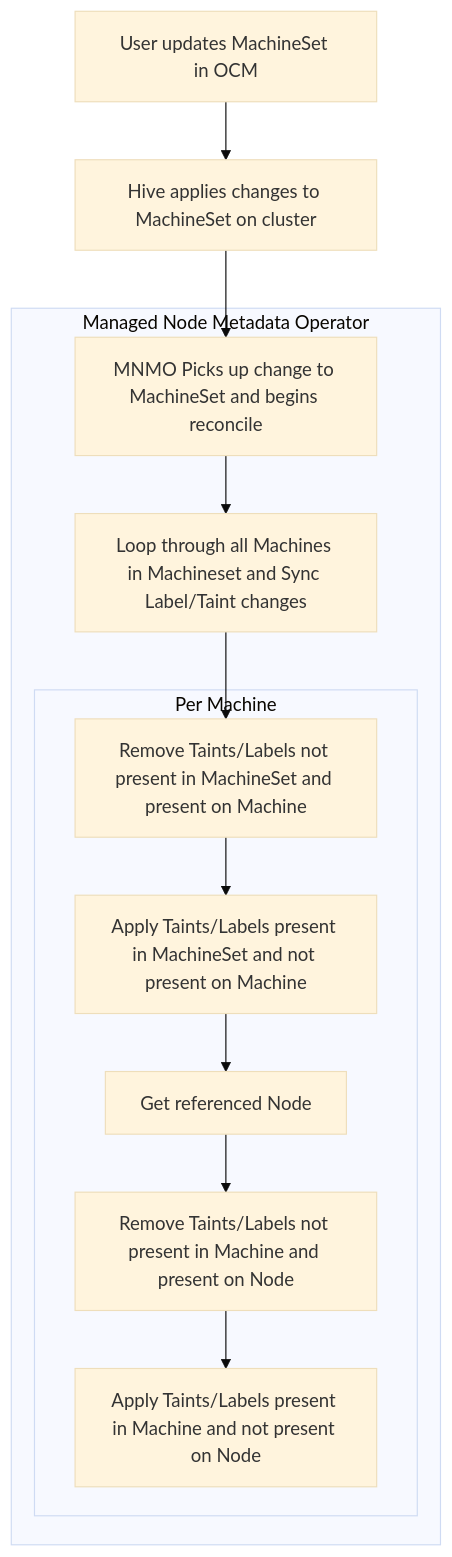
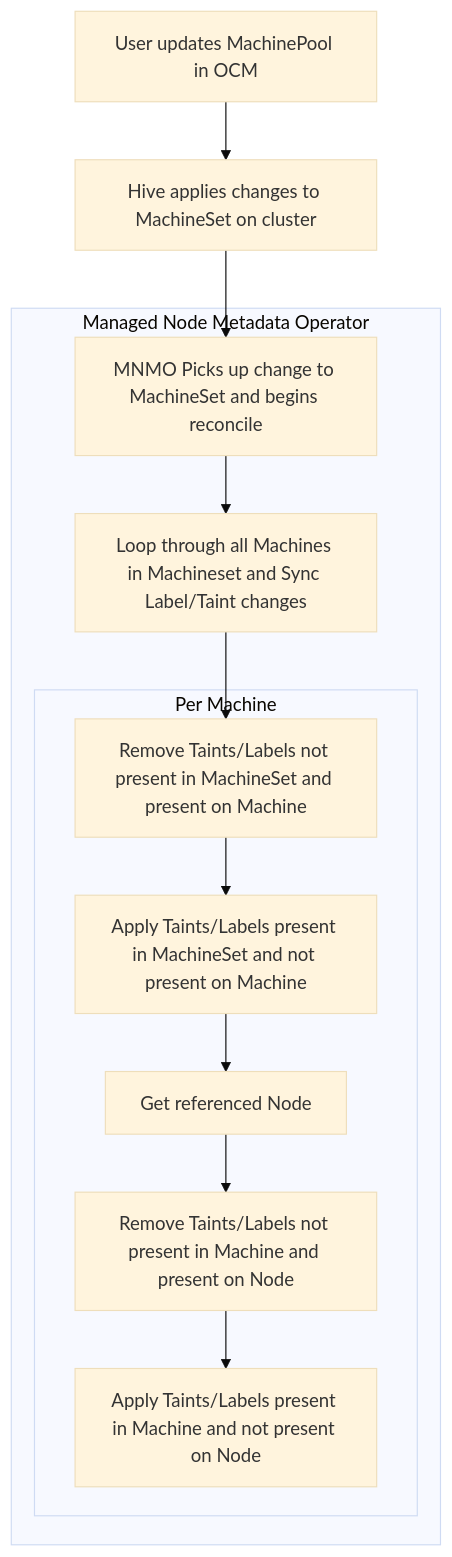
One commit to openshift/managed-node-metadata-operator changed the diagram in README.md. Above: the diagram before and after it, drawn with Mermaid (base theme).

Commit message:
fix typo in README
In the flowchart, change `User updates MachineSet in OCM` to `User updates MachinePool in OCM`

OCM has no knowledge of MachineSets. Users are actually editing MachinePools in there.

````diff
--- a/README.md
+++ b/README.md
@@ -18,15 +18,15 @@
 ```mermaid
 flowchart TD
-    A[User updates MachineSet in OCM] --> B[Hive applies changes to MachineSet on cluster]
+    A[User updates MachinePool in OCM] --> B[Hive applies changes to MachineSet on cluster]
     B --> C;
     subgraph Managed Node Metadata Operator
       C[MNMO Picks up change to MachineSet and begins reconcile] --> D[Loop through all Machines in Machineset and Sync Label/Taint changes];
         D --> E[Remove Taints/Labels not present in MachineSet and present on Machine];
       subgraph Per Machine
         E --> F[Apply Taints/Labels present in MachineSet and not present on Machine];
         F --> G[Get referenced Node]
         G --> H[Remove Taints/Labels not present in Machine and present on Node];
         H --> I[Apply Taints/Labels present in Machine and not present on Node];
       end
     end
 ```
````
